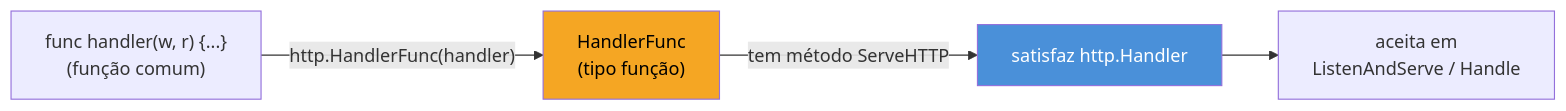
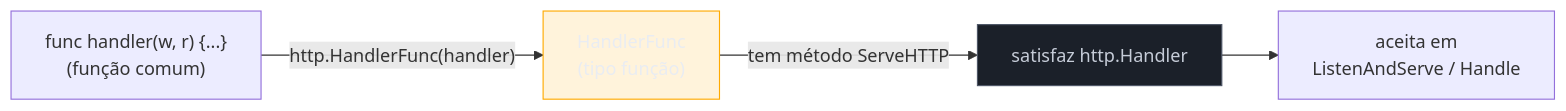
The second of 2 diagrams in 03-Dominios/Tecnologia/Go/10 - HTTP e frameworks web/01 - O servidor HTTP da stdlib.md (josenaldo/codex-technomanticus), drawn with Mermaid before and after one commit. The commit also changed 1181 other files, not shown here.

First line of the commit message:
fix(diagramas): paleta do sistema no lugar de cor cravada no markdown

````diff
--- a/03-Dominios/Tecnologia/Go/10 - HTTP e frameworks web/01 - O servidor HTTP da stdlib.md
+++ b/03-Dominios/Tecnologia/Go/10 - HTTP e frameworks web/01 - O servidor HTTP da stdlib.md
@@ -123,9 +123,11 @@
 ```mermaid
 flowchart LR
+    classDef destaque fill:#FFAA0024,stroke:#FFAA00,color:#E9ECF2
+    classDef neutro fill:#1B2029,stroke:#4E5666,color:#C6CCD8
     A["func handler(w, r) {...}\n(função comum)"] -->|"http.HandlerFunc(handler)"| B["HandlerFunc\n(tipo função)"]
     B -->|"tem método ServeHTTP"| C["satisfaz http.Handler"]
     C --> D["aceita em\nListenAndServe / Handle"]
 
-    style B fill:#F5A623,color:#000
-    style C fill:#4A90D9,color:#fff
+    class B destaque
+    class C neutro
 ```
````
